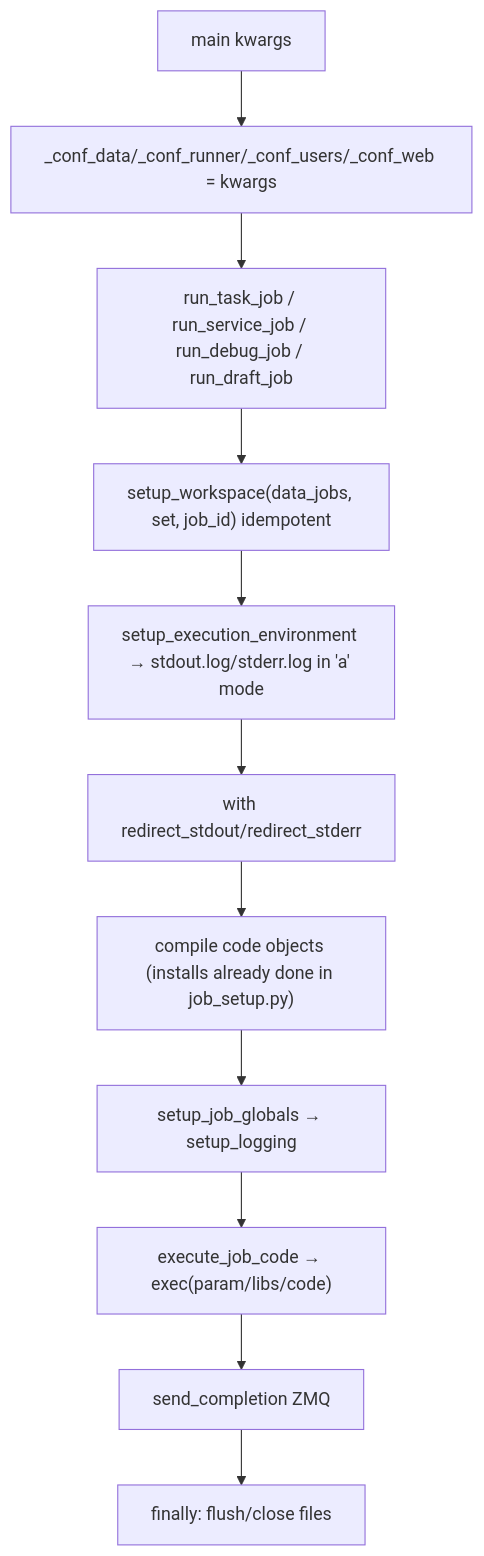
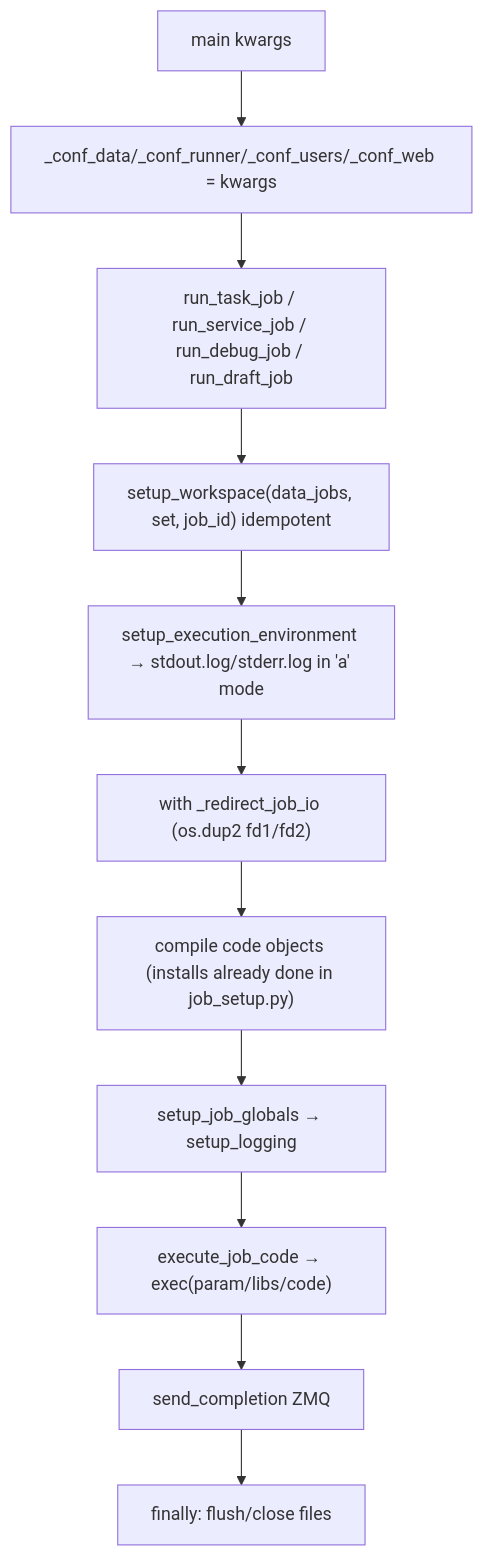
One commit to pyops-project/pyops changed the seventh of 10 diagrams in docs/insights_app.md. Above: the diagram before and after it, drawn with Mermaid. The commit also changed other lines of this file and 7 other files, not shown here.

First line of the commit message:
- v3.3.0 review changes: fd-level stdout/stderr redirect; sets-job modal scales to ~95vw/95vh

````diff
--- a/docs/insights_app.md
+++ b/docs/insights_app.md
@@ -385,13 +387,13 @@
 ```mermaid
 graph TD
     A[main kwargs] --> B["_conf_data/_conf_runner/_conf_users/_conf_web = kwargs"]
     B --> C["run_task_job / run_service_job / run_debug_job / run_draft_job"]
     C --> D["setup_workspace(data_jobs, set, job_id) idempotent"]
     D --> E["setup_execution_environment → stdout.log/stderr.log in 'a' mode"]
-    E --> F["with redirect_stdout/redirect_stderr"]
+    E --> F["with _redirect_job_io (os.dup2 fd1/fd2)"]
     F --> H["compile code objects (installs already done in job_setup.py)"]
     H --> I["setup_job_globals → setup_logging"]
     I --> J["execute_job_code → exec(param/libs/code)"]
     J --> K["send_completion ZMQ"]
     K --> L["finally: flush/close files"]
 ```
````
